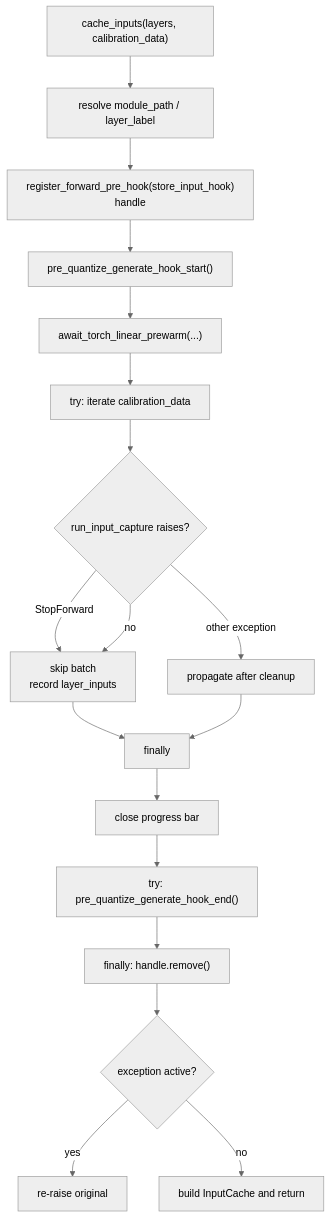
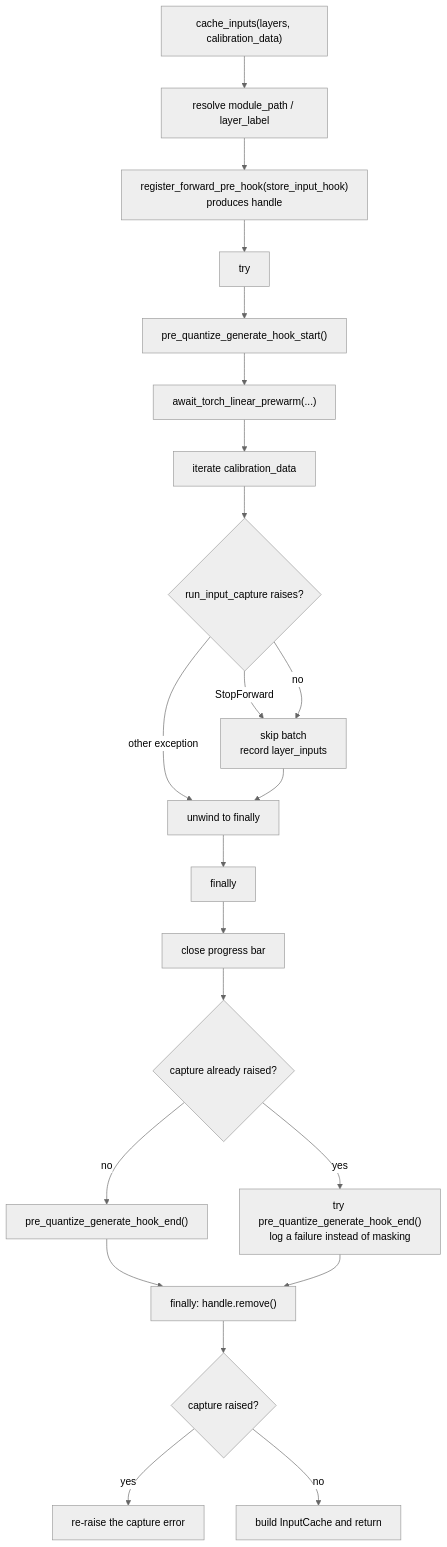
One commit to ModelCloud/GPTQModel changed the diagram in docs/input-capture-cleanup-lifecycle.md. Above: the diagram before and after it, drawn with Mermaid (neutral theme). The commit also changed other lines of this file and 3 other files, not shown here.

First line of the commit message:
fix(looper): harden ERNIE capture cleanup and release paths

````diff
--- a/docs/input-capture-cleanup-lifecycle.md
+++ b/docs/input-capture-cleanup-lifecycle.md
@@ -34,20 +34,24 @@
 ```mermaid
 flowchart TD
     A["cache_inputs(layers, calibration_data)"] --> B["resolve module_path / layer_label"]
-    B --> C["register_forward_pre_hook(store_input_hook)<br/>handle"]
-    C --> D["pre_quantize_generate_hook_start()"]
-    D --> E["await_torch_linear_prewarm(...)"]
-    E --> F["try: iterate calibration_data"]
-    F --> G{"run_input_capture raises?"}
-    G -- "StopForward" --> H["skip batch<br/>record layer_inputs"]
-    G -- "other exception" --> I["propagate after cleanup"]
-    G -- "no" --> H
-    H --> J["finally"]
+    B --> C["register_forward_pre_hook(store_input_hook)<br/>produces handle"]
+    C --> D["try"]
+    D --> E["pre_quantize_generate_hook_start()"]
+    E --> F["await_torch_linear_prewarm(...)"]
+    F --> G["iterate calibration_data"]
+    G --> H{"run_input_capture raises?"}
+    H -- "StopForward" --> I["skip batch<br/>record layer_inputs"]
+    H -- "other exception" --> J["unwind to finally"]
+    H -- "no" --> I
     I --> J
-    J --> K["close progress bar"]
-    K --> L["try: pre_quantize_generate_hook_end()"]
-    L --> M["finally: handle.remove()"]
-    M --> N{"exception active?"}
-    N -- "yes" --> O["re-raise original"]
-    N -- "no" --> P["build InputCache and return"]
+    J --> K["finally"]
+    K --> L["close progress bar"]
+    L --> M{"capture already raised?"}
+    M -- "no" --> N["pre_quantize_generate_hook_end()"]
+    M -- "yes" --> O["try pre_quantize_generate_hook_end()<br/>log a failure instead of masking"]
+    N --> P["finally: handle.remove()"]
+    O --> P
+    P --> Q{"capture raised?"}
+    Q -- "yes" --> R["re-raise the capture error"]
+    Q -- "no" --> S["build InputCache and return"]
 ```
````
